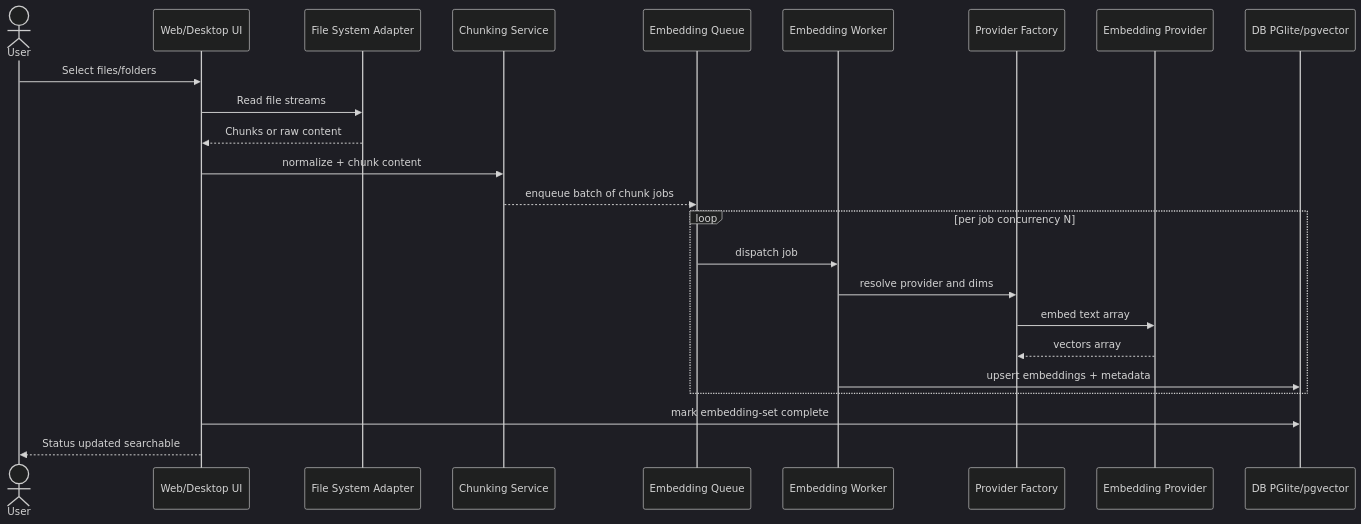
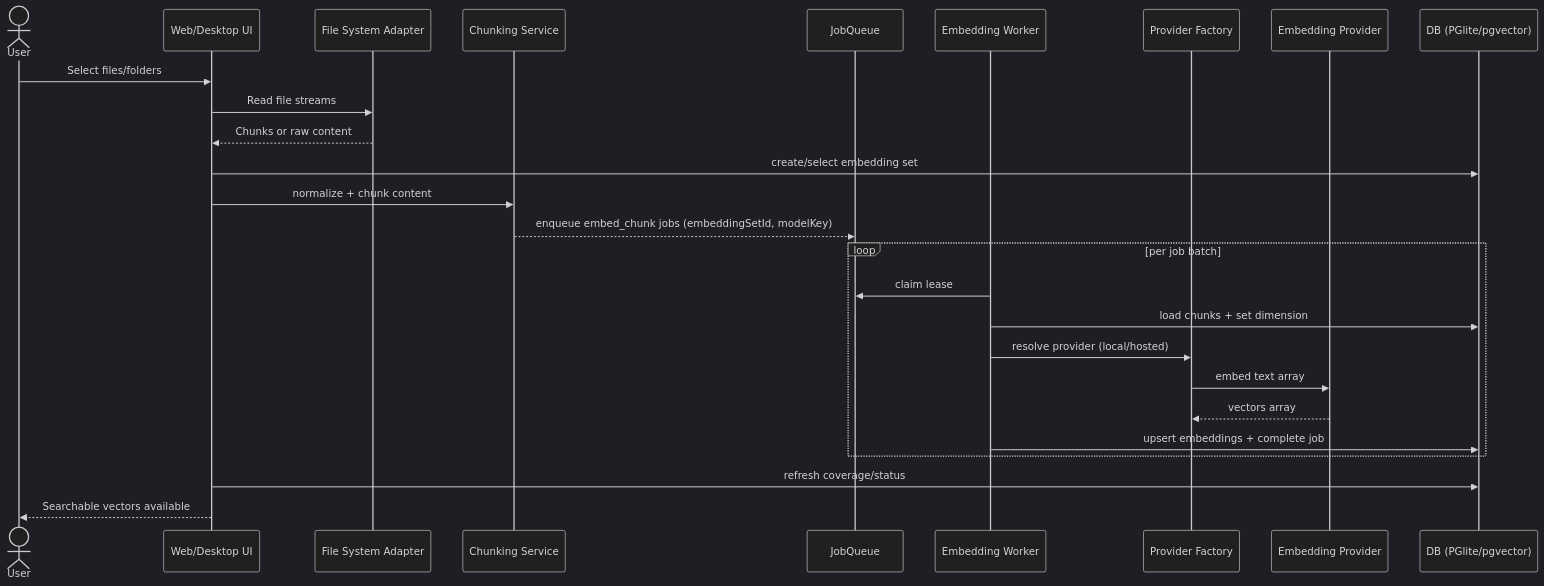
The second of 3 diagrams in docs/architecture/03-embedding-pipeline.md (seandearnaley/brainstrike), drawn with Mermaid (dark theme) before and after one commit. The commit also changed other lines of this file and 18 other files, not shown here.

````diff
--- a/docs/architecture/03-embedding-pipeline.md
+++ b/docs/architecture/03-embedding-pipeline.md
@@ -23,27 +26,29 @@
 ```mermaid
 sequenceDiagram
   actor User
   participant UI as Web/Desktop UI
   participant FS as File System Adapter
   participant CH as Chunking Service
-  participant Q as Embedding Queue
+  participant Q as JobQueue
   participant W as Embedding Worker
   participant PF as Provider Factory
   participant EP as Embedding Provider
-  participant DB as DB PGlite/pgvector
+  participant DB as DB (PGlite/pgvector)
 
   User->>UI: Select files/folders
   UI->>FS: Read file streams
   FS-->>UI: Chunks or raw content
+  UI->>DB: create/select embedding set
   UI->>CH: normalize + chunk content
-  CH-->>Q: enqueue batch of chunk jobs
-  loop per job concurrency N
-    Q->>W: dispatch job
-    W->>PF: resolve provider and dims
+  CH-->>Q: enqueue embed_chunk jobs (embeddingSetId, modelKey)
+  loop per job batch
+    W->>Q: claim lease
+    W->>DB: load chunks + set dimension
+    W->>PF: resolve provider (local/hosted)
     PF->>EP: embed text array
     EP-->>PF: vectors array
-    W->>DB: upsert embeddings + metadata
+    W->>DB: upsert embeddings + complete job
   end
-  UI->>DB: mark embedding-set complete
-  UI-->>User: Status updated searchable
+  UI->>DB: refresh coverage/status
+  UI-->>User: Searchable vectors available
 ```
````
